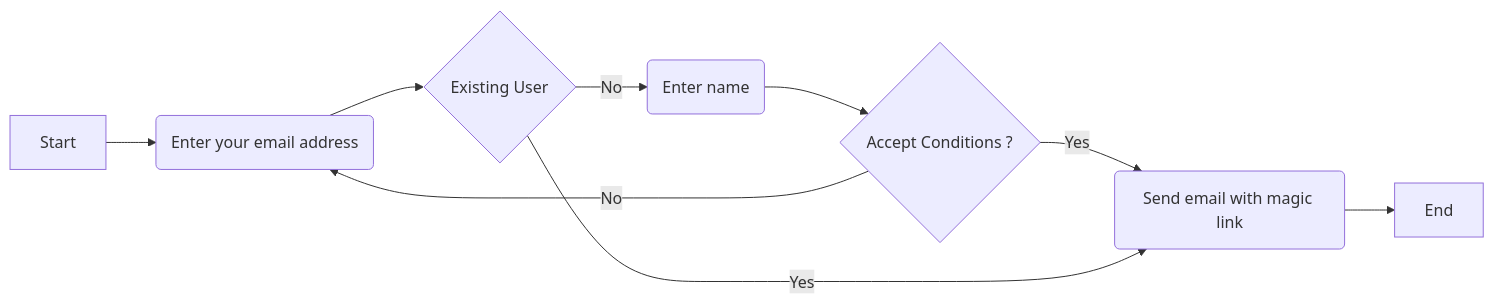
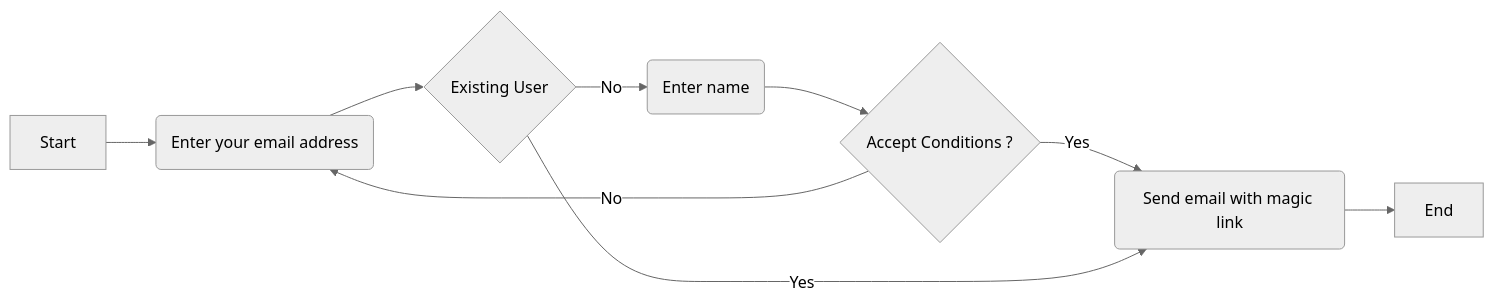
The first of 3 diagrams in test.md (ziontee113/mynvimconfig), drawn with Mermaid before and after one commit. The commit also changed other lines of this file and 4 other files, not shown here.

````diff
--- a/test.md
+++ b/test.md
@@ -3,11 +3,12 @@
 ```mermaid
 flowchart LR
+  %%{init: {'theme': 'neutral'} }%%
   S[Start] --> A
   A(Enter your email address) --> B{Existing User}
   B -->|No| C(Enter name)
   C --> D{Accept Conditions ?}
   D --> |No| A
   D --> |Yes| E(Send email with magic link)
   B --> |Yes| E
   E --> End
 ```
````
